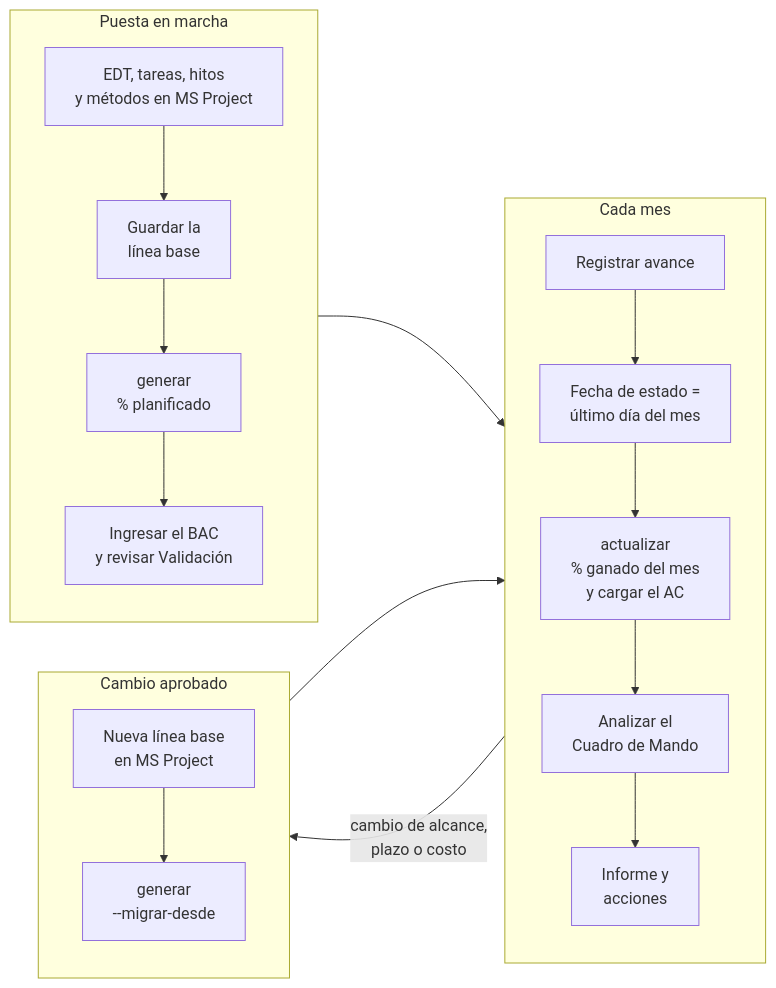
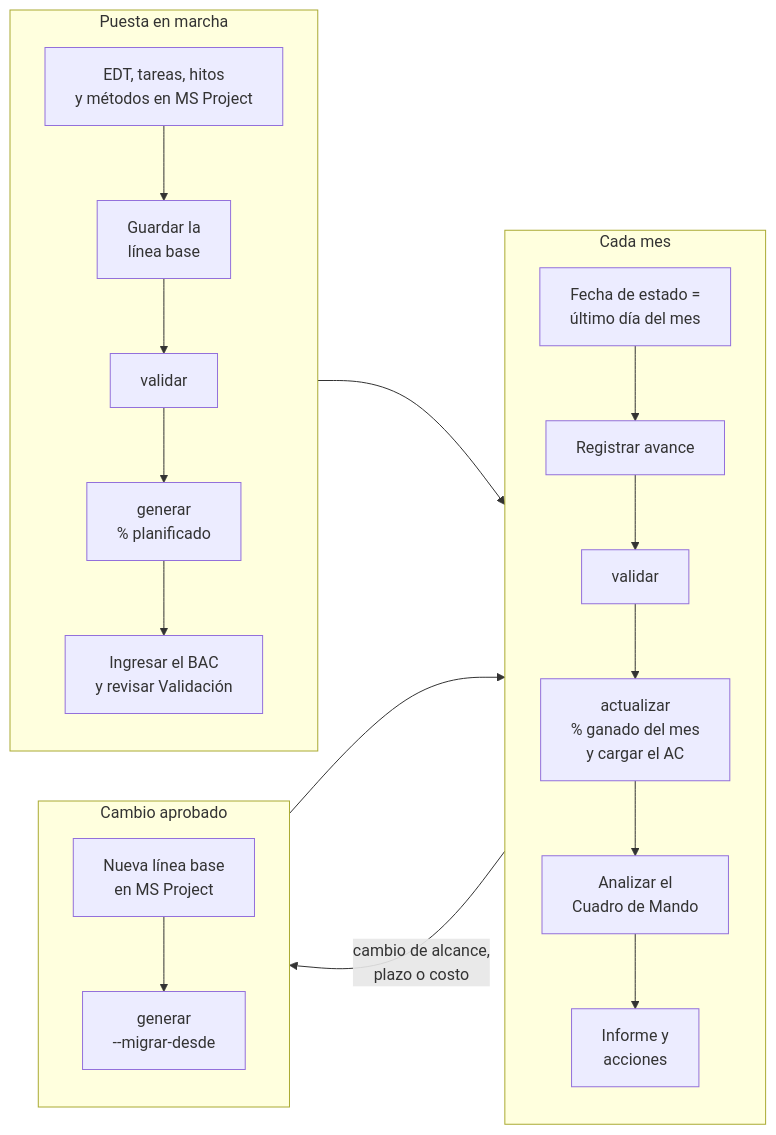
One commit to MarceloSalazar/evm-automation changed the first of 4 diagrams in docs/proceso-reporte-evm.md. Above: the diagram before and after it, drawn with Mermaid. The commit also changed other lines of this file and 43 other files, not shown here.

````diff
--- a/docs/proceso-reporte-evm.md
+++ b/docs/proceso-reporte-evm.md
@@ -26,23 +26,25 @@
 ```mermaid
 flowchart LR
     subgraph INI["Puesta en marcha"]
         direction TB
         A1["EDT, tareas, hitos<br/>y métodos en MS Project"] --> A2["Guardar la<br/>línea base"]
-        A2 --> A3["generar<br/>% planificado"]
+        A2 --> AV["validar"]
+        AV --> A3["generar<br/>% planificado"]
         A3 --> A4["Ingresar el BAC<br/>y revisar Validación"]
     end
     subgraph MES["Cada mes"]
         direction TB
-        B1["Registrar avance"] --> B2["Fecha de estado =<br/>último día del mes"]
-        B2 --> B3["actualizar<br/>% ganado del mes<br/>y cargar el AC"]
+        B1["Fecha de estado =<br/>último día del mes"] --> B2["Registrar avance"]
+        B2 --> BV["validar"]
+        BV --> B3["actualizar<br/>% ganado del mes<br/>y cargar el AC"]
         B3 --> B4["Analizar el<br/>Cuadro de Mando"]
         B4 --> B5["Informe y<br/>acciones"]
     end
     subgraph CAMBIO["Cambio aprobado"]
         direction TB
         C1["Nueva línea base<br/>en MS Project"] --> C2["generar<br/>--migrar-desde"]
     end
     INI --> MES
     MES -- "cambio de alcance,<br/>plazo o costo" --> CAMBIO
     CAMBIO --> MES
 ```
````
